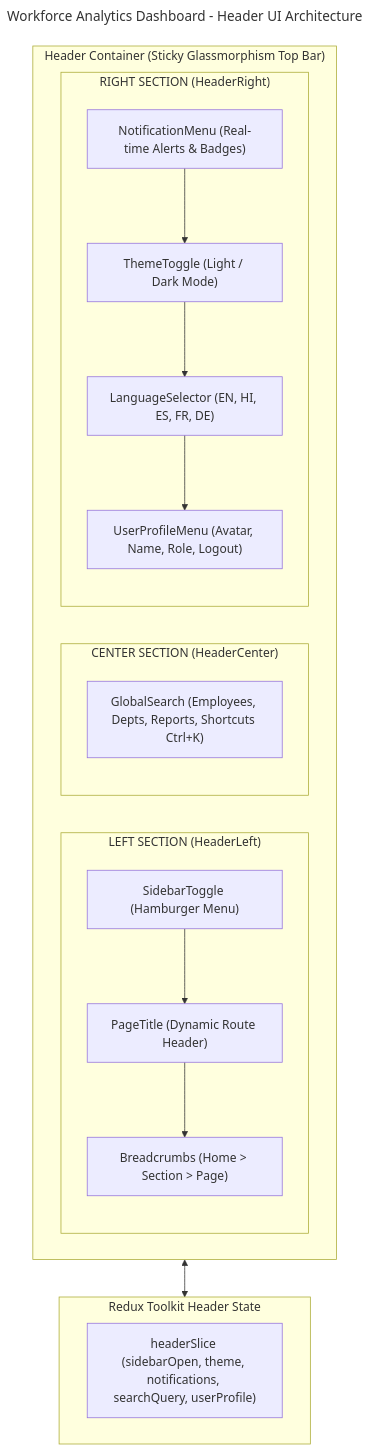
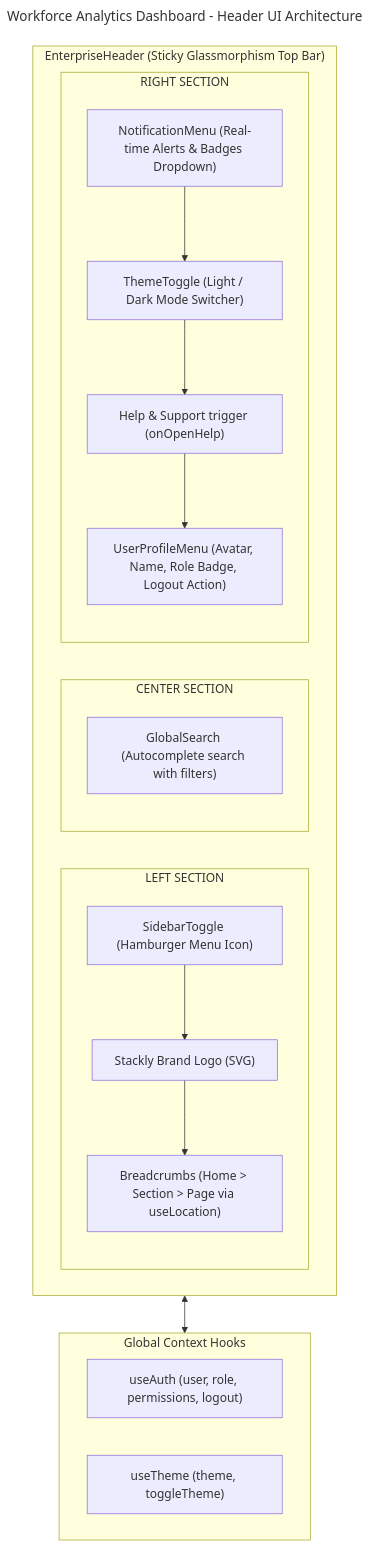
The first of 2 diagrams in docs/architecture/Header-Navigation-Architecture.md (maheswari-pinneti/WFA-SQLITE-Frontend-project), drawn with Mermaid before and after one commit. The commit also changed other lines of this file and 5 other files, not shown here.

Commit message:
docs: align documentation with SQLite database architecture, TypeScript structure, and EnterpriseHeader local state

````diff
--- a/docs/architecture/Header-Navigation-Architecture.md
+++ b/docs/architecture/Header-Navigation-Architecture.md
@@ -9,32 +9,33 @@
 ```mermaid
 ---
 title: "Workforce Analytics Dashboard - Header UI Architecture"
 ---
 flowchart TD
-    subgraph HEADER_CONTAINER["Header Container (Sticky Glassmorphism Top Bar)"]
-        subgraph LEFT["LEFT SECTION (HeaderLeft)"]
-            TOGGLE["SidebarToggle (Hamburger Menu)"]
-            TITLE["PageTitle (Dynamic Route Header)"]
-            CRUMBS["Breadcrumbs (Home > Section > Page)"]
-            TOGGLE --> TITLE --> CRUMBS
+    subgraph HEADER_CONTAINER["EnterpriseHeader (Sticky Glassmorphism Top Bar)"]
+        subgraph LEFT["LEFT SECTION"]
+            TOGGLE["SidebarToggle (Hamburger Menu Icon)"]
+            LOGO["Stackly Brand Logo (SVG)"]
+            CRUMBS["Breadcrumbs (Home > Section > Page via useLocation)"]
+            TOGGLE --> LOGO --> CRUMBS
         end
 
-        subgraph CENTER["CENTER SECTION (HeaderCenter)"]
-            SEARCH["GlobalSearch (Employees, Depts, Reports, Shortcuts Ctrl+K)"]
+        subgraph CENTER["CENTER SECTION"]
+            SEARCH["GlobalSearch (Autocomplete search with filters)"]
         end
 
-        subgraph RIGHT["RIGHT SECTION (HeaderRight)"]
-            NOTIF["NotificationMenu (Real-time Alerts & Badges)"]
-            THEME["ThemeToggle (Light / Dark Mode)"]
-            LANG["LanguageSelector (EN, HI, ES, FR, DE)"]
-            PROFILE["UserProfileMenu (Avatar, Name, Role, Logout)"]
-            NOTIF --> THEME --> LANG --> PROFILE
+        subgraph RIGHT["RIGHT SECTION"]
+            NOTIF["NotificationMenu (Real-time Alerts & Badges Dropdown)"]
+            THEME["ThemeToggle (Light / Dark Mode Switcher)"]
+            HELP["Help & Support trigger (onOpenHelp)"]
+            PROFILE["UserProfileMenu (Avatar, Name, Role Badge, Logout Action)"]
+            NOTIF --> THEME --> HELP --> PROFILE
         end
     end
 
-    subgraph STATE["Redux Toolkit Header State"]
-        H_SLICE["headerSlice (sidebarOpen, theme, notifications, searchQuery, userProfile)"]
+    subgraph CONTEXTS["Global Context Hooks"]
+        AUTH["useAuth (user, role, permissions, logout)"]
+        THEME_CTX["useTheme (theme, toggleTheme)"]
     end
 
-    HEADER_CONTAINER <--> STATE
+    HEADER_CONTAINER <--> CONTEXTS
 ```
````
